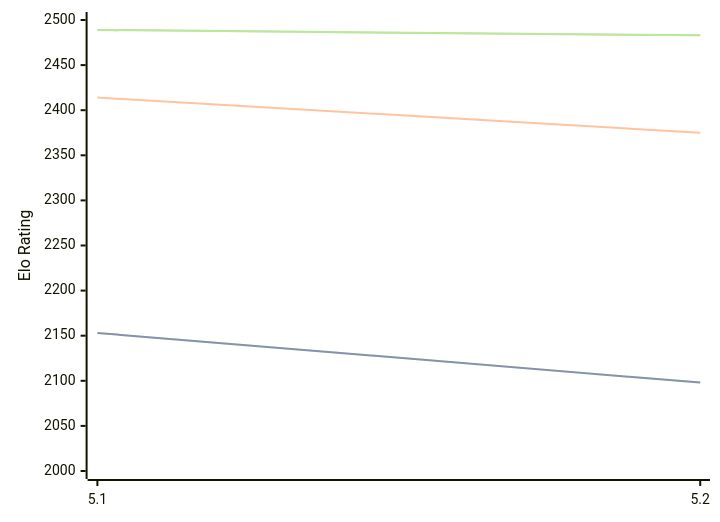
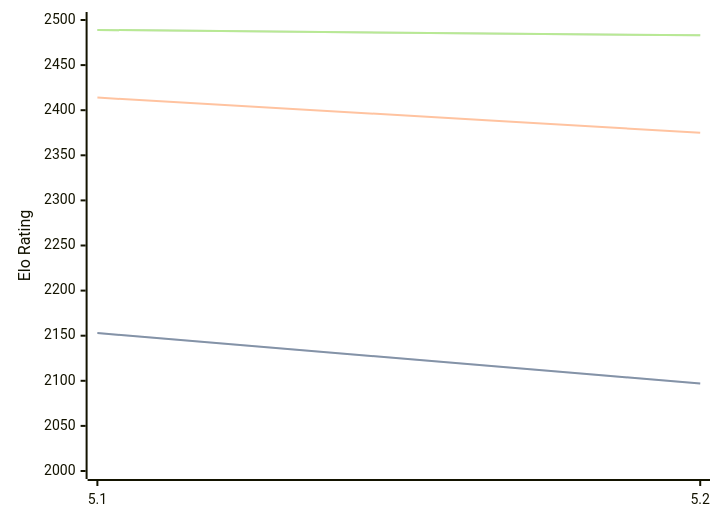
The diagram in engines/Prophet.md (computer-chess-index/cci), drawn with Mermaid before and after one commit. The commit also changed other lines of this file, not shown here.

````diff
--- a/engines/Prophet.md
+++ b/engines/Prophet.md
@@ -38,11 +38,11 @@
 ```mermaid
 %%{init: {"theme":"base","themeVariables":{"seriesColors:['#a3a3a3','#222221','#faa371']}}}%%
 xychart-beta
   x-axis ["5.1", "5.2"]
   y-axis "Elo Rating" 2000 --> 2500
-  line "STC (8.0+0.08s)" [2153, 2098]
-  line "STC (8.0+0.08s)" [2153, 2098]
+  line "STC (8.0+0.08s)" [2153, 2097]
+  line "STC (8.0+0.08s)" [2153, 2097]
   line "LTC (60.0+0.60s)" [2414, 2375]
   line "VLTC (2m24s+1.12s)" [2489, 2483]
   line "VLTC (2m24s+1.12s)" [2489, 2483]
 ```
````
